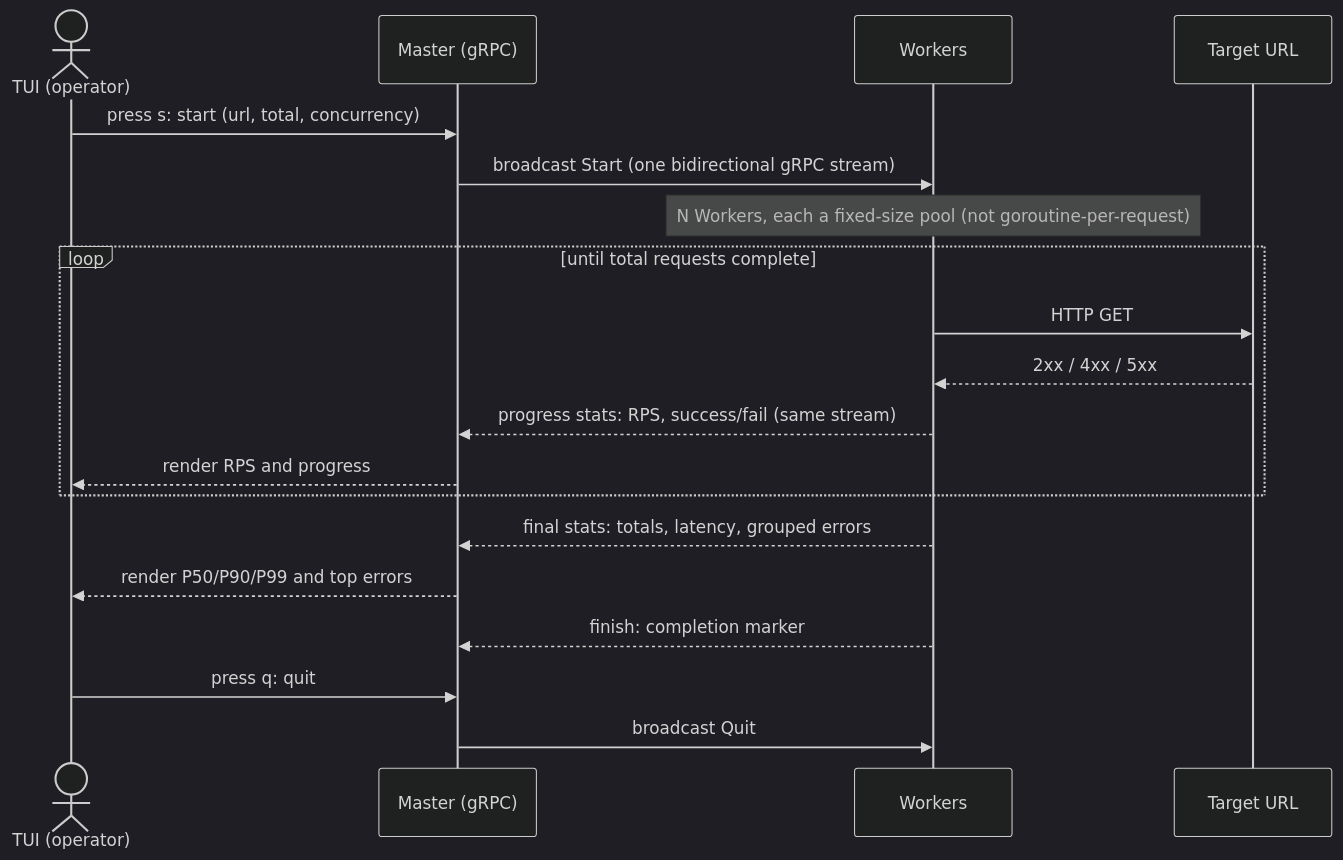
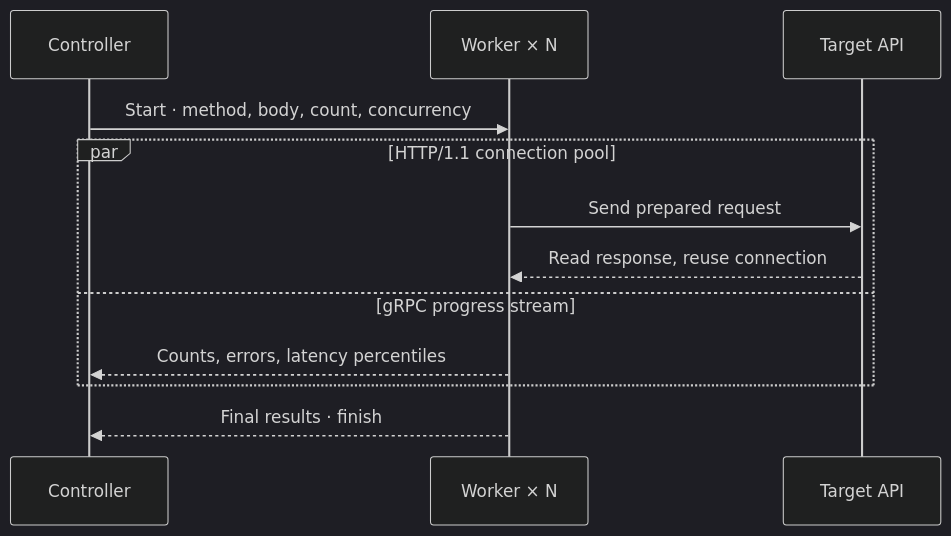
Before and after one commit to ryokotaka/SwarmGo: the diagram in README.md, drawn with Mermaid (dark theme). The commit also changed other lines of this file and 165 other files, not shown here.

````diff
--- a/README.md
+++ b/README.md
@@ -186,21 +89,14 @@
 ```mermaid
 sequenceDiagram
-    actor U as TUI (operator)
-    participant M as Master (gRPC)
-    participant W as Workers
-    participant T as Target URL
-    U->>M: press s: start (url, total, concurrency)
-    M->>W: broadcast Start (one bidirectional gRPC stream)
-    Note over W: N Workers, each a fixed-size pool (not goroutine-per-request)
-    loop until total requests complete
-        W->>T: HTTP GET
-        T-->>W: 2xx / 4xx / 5xx
-        W-->>M: progress stats: RPS, success/fail (same stream)
-        M-->>U: render RPS and progress
+    participant C as Controller
+    participant W as Worker × N
+    participant A as Target API
+    C->>W: Start · method, body, count, concurrency
+    par HTTP/1.1 connection pool
+        W->>A: Send prepared request
+        A-->>W: Read response, reuse connection
+    and gRPC progress stream
+        W-->>C: Counts, errors, latency percentiles
     end
-    W-->>M: final stats: totals, latency, grouped errors
-    M-->>U: render P50/P90/P99 and top errors
-    W-->>M: finish: completion marker
-    U->>M: press q: quit
-    M->>W: broadcast Quit
+    W-->>C: Final results · finish
 ```
````
